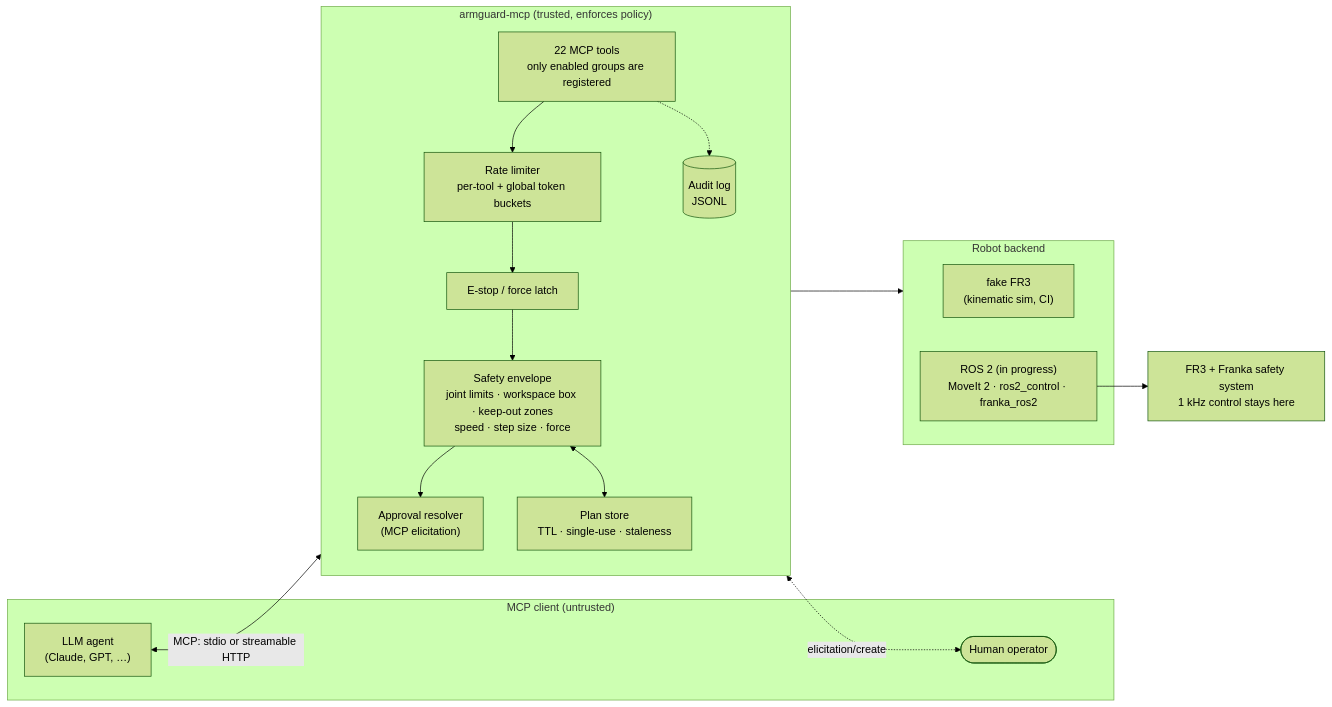
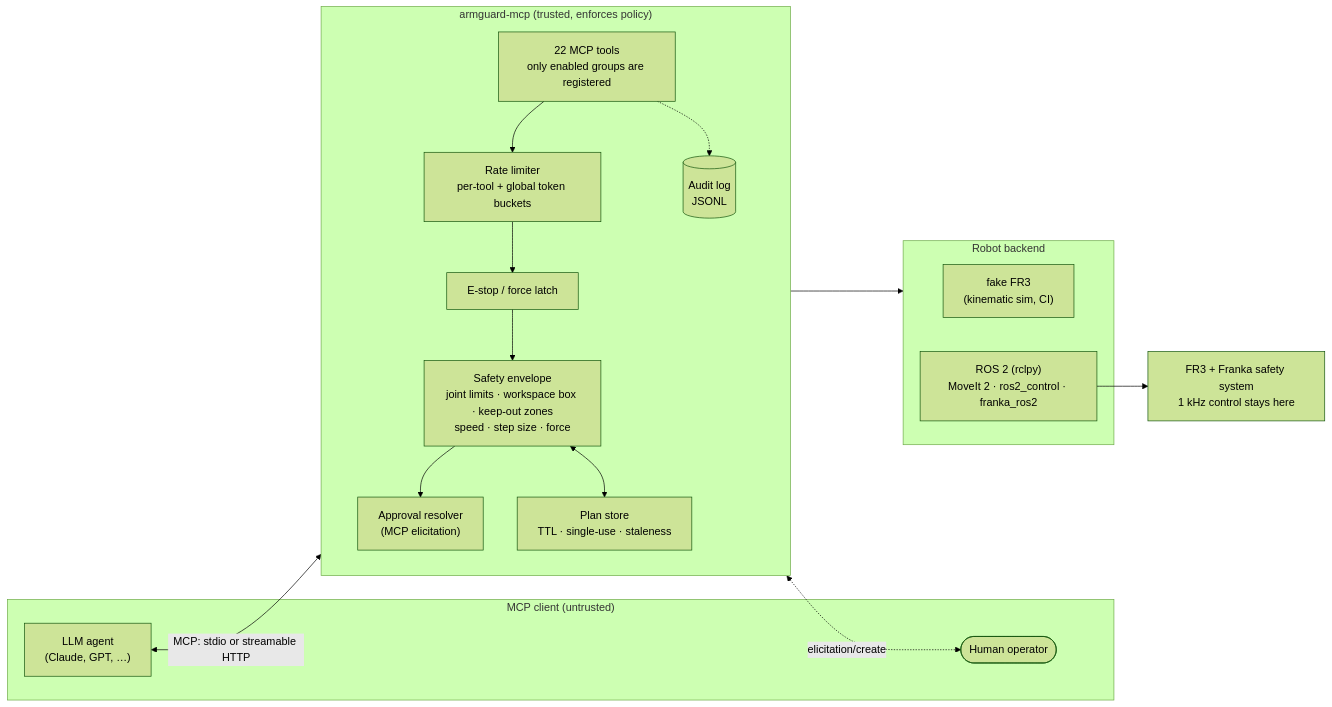
One commit to Lynn-hh/armguard-mcp changed the first of 2 diagrams in README.md. Above: the diagram before and after it, drawn with Mermaid (forest theme). The commit also changed other lines of this file and 17 other files, not shown here.

````diff
--- a/README.md
+++ b/README.md
@@ -72,33 +74,33 @@
 ```mermaid
 flowchart LR
     subgraph Client["MCP client (untrusted)"]
         LLM["LLM agent<br/>(Claude, GPT, …)"]
         Human(["Human operator"])
     end
 
     subgraph Server["armguard-mcp (trusted, enforces policy)"]
         direction TB
         Tools["22 MCP tools<br/>only enabled groups are registered"]
         RL["Rate limiter<br/>per-tool + global token buckets"]
         ES["E-stop / force latch"]
         Env["Safety envelope<br/>joint limits · workspace box · keep-out zones<br/>speed · step size · force"]
         Ap["Approval resolver<br/>(MCP elicitation)"]
         Plans["Plan store<br/>TTL · single-use · staleness"]
         Audit[("Audit log<br/>JSONL")]
         Tools --> RL --> ES --> Env --> Ap
         Env <--> Plans
         Tools -.-> Audit
     end
 
     subgraph Backend["Robot backend"]
         Fake["fake FR3<br/>(kinematic sim, CI)"]
-        ROS["ROS 2 (in progress)<br/>MoveIt 2 · ros2_control · franka_ros2"]
+        ROS["ROS 2 (rclpy)<br/>MoveIt 2 · ros2_control · franka_ros2"]
     end
 
     Robot["FR3 + Franka safety system<br/>1 kHz control stays here"]
 
     LLM <-->|"MCP: stdio or streamable HTTP"| Tools
     Ap <-.->|"elicitation/create"| Human
     Ap --> Backend
     ROS --> Robot
 ```
````
